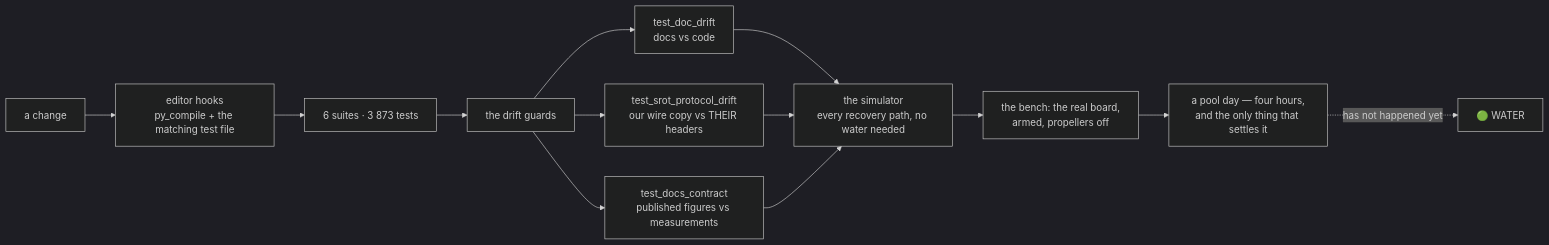
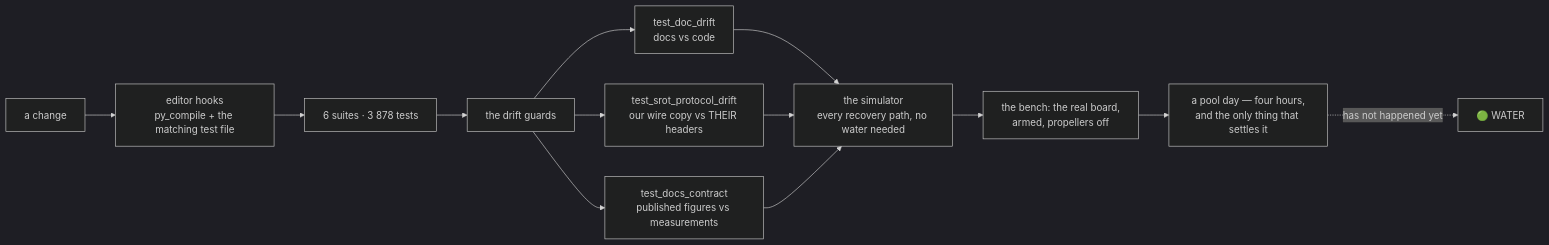
One commit to fh1m/mongla_ws changed the ninth of 10 diagrams in README.md. Above: the diagram before and after it, drawn with Mermaid (dark theme). The commit also changed other lines of this file and 3 other files, not shown here.

````diff
--- a/README.md
+++ b/README.md
@@ -752,15 +752,15 @@
 ```mermaid
 flowchart LR
     DEV["a change"] --> HOOK["editor hooks<br/>py_compile + the matching test file"]
-    HOOK --> UNIT["6 suites · 3 873 tests"]
+    HOOK --> UNIT["6 suites · 3 878 tests"]
     UNIT --> GUARD["the drift guards"]
     GUARD --> G1["test_doc_drift<br/>docs vs code"]
     GUARD --> G2["test_srot_protocol_drift<br/>our wire copy vs THEIR headers"]
     GUARD --> G3["test_docs_contract<br/>published figures vs measurements"]
     G1 --> SIM["the simulator<br/>every recovery path, no water needed"]
     G2 --> SIM
     G3 --> SIM
     SIM --> BENCH["the bench: the real board,<br/>armed, propellers off"]
     BENCH --> POOL["a pool day — four hours,<br/>and the only thing that settles it"]
     POOL -.->|"has not happened yet"| WATER["🟢 WATER"]
 ```
````
